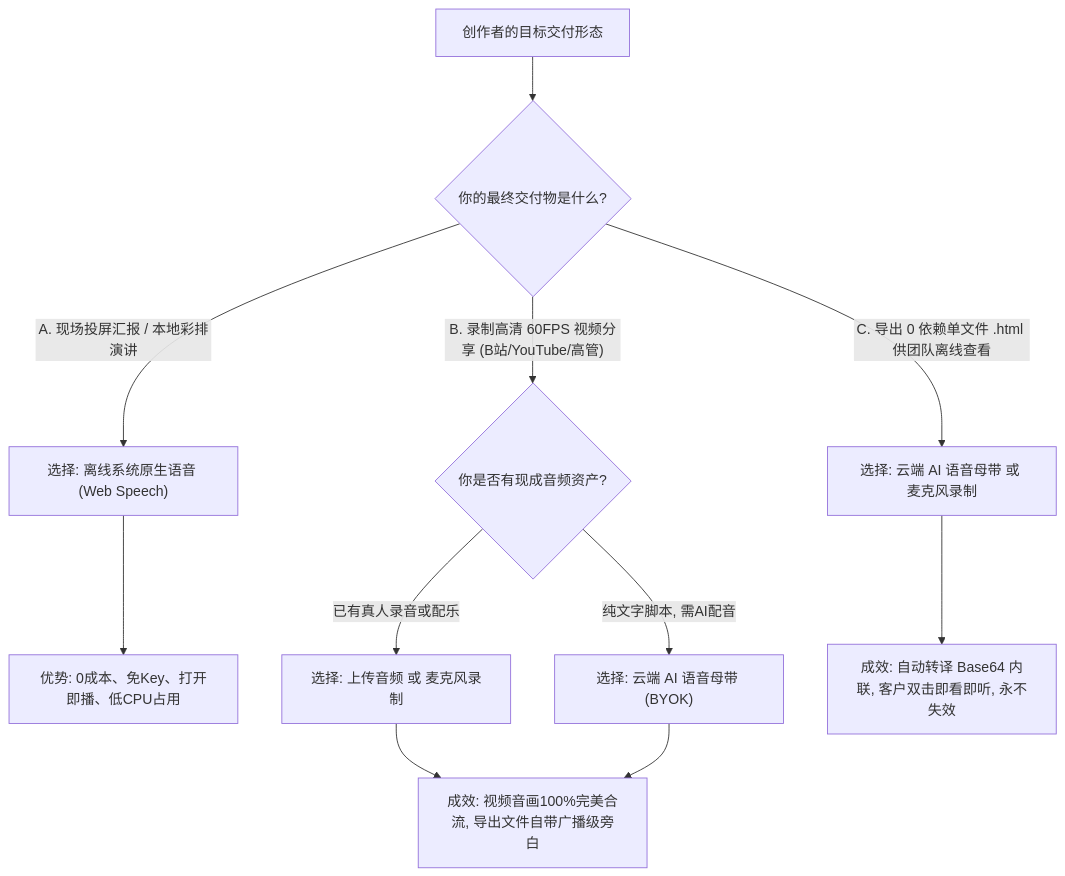
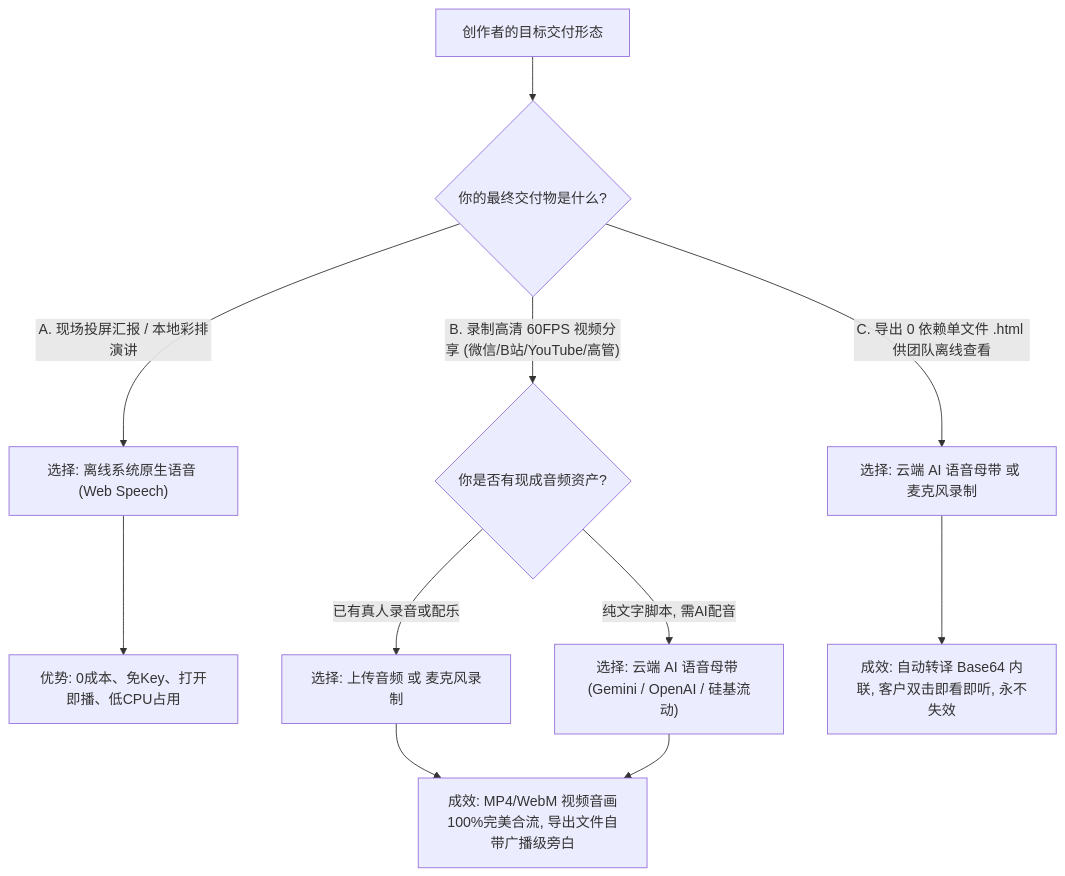
The fourth of 4 diagrams in docs/AUDIO_PLAYBACK_AND_EXPORT_MATRIX.md (tumio-ltd/focusflow), drawn with Mermaid before and after one commit. The commit also changed other lines of this file and 42 other files, not shown here.

````diff
--- a/docs/AUDIO_PLAYBACK_AND_EXPORT_MATRIX.md
+++ b/docs/AUDIO_PLAYBACK_AND_EXPORT_MATRIX.md
@@ -229,15 +366,15 @@
 ```mermaid
 flowchart TD
     Start["创作者的目标交付形态"] --> Goal{"你的最终交付物是什么?"}
     
     Goal -->|"A. 现场投屏汇报 / 本地彩排演讲"| S1["选择: 离线系统原生语音 (Web Speech)"]
     S1 --> R1["优势: 0成本、免Key、打开即播、低CPU占用"]
     
-    Goal -->|"B. 录制高清 60FPS 视频分享 (B站/YouTube/高管)"| S2{"你是否有现成音频资产?"}
+    Goal -->|"B. 录制高清 60FPS 视频分享 (微信/B站/YouTube/高管)"| S2{"你是否有现成音频资产?"}
     S2 -->|"已有真人录音或配乐"| S2A["选择: 上传音频 或 麦克风录制"]
-    S2 -->|"纯文字脚本, 需AI配音"| S2B["选择: 云端 AI 语音母带 (BYOK)"]
-    S2A & S2B --> R2["成效: 视频音画100%完美合流, 导出文件自带广播级旁白"]
+    S2 -->|"纯文字脚本, 需AI配音"| S2B["选择: 云端 AI 语音母带 (Gemini / OpenAI / 硅基流动)"]
+    S2A & S2B --> R2["成效: MP4/WebM 视频音画100%完美合流, 导出文件自带广播级旁白"]
     
     Goal -->|"C. 导出 0 依赖单文件 .html 供团队离线查看"| S3["选择: 云端 AI 语音母带 或 麦克风录制"]
     S3 --> R3["成效: 自动转译 Base64 内联, 客户双击即看即听, 永不失效"]
 ```
````
